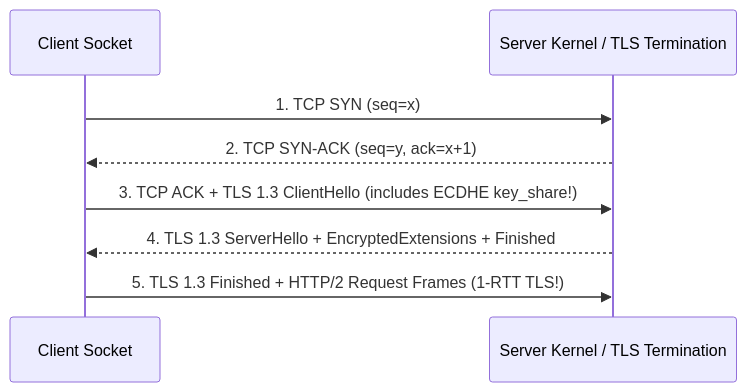
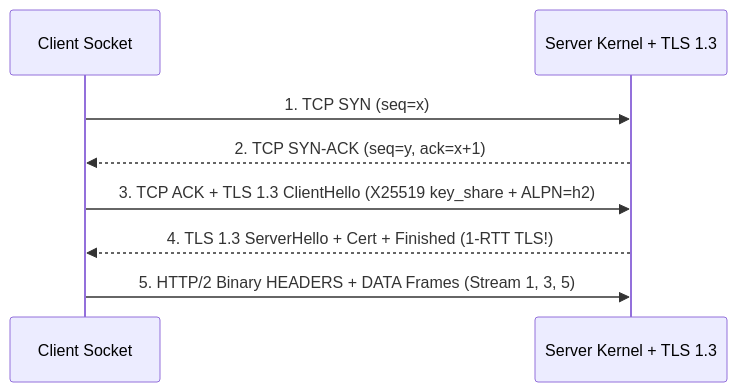
Before and after one commit to manjunathk833/codingforinterviews: the diagram in knowledgebase/core-cs/02-tcp-tls-http2-and-websocket-framing.md, drawn with Mermaid. The commit also changed other lines of this file and 101 other files, not shown here.

````diff
--- a/knowledgebase/core-cs/02-tcp-tls-http2-and-websocket-framing.md
+++ b/knowledgebase/core-cs/02-tcp-tls-http2-and-websocket-framing.md
@@ -25,11 +66,11 @@
 ```mermaid
 sequenceDiagram
   participant C as Client Socket
-  participant S as Server Kernel / TLS Termination
+  participant S as Server Kernel + TLS 1.3
 
   C->>S: 1. TCP SYN (seq=x)
   S-->>C: 2. TCP SYN-ACK (seq=y, ack=x+1)
-  C->>S: 3. TCP ACK + TLS 1.3 ClientHello (includes ECDHE key_share!)
-  S-->>C: 4. TLS 1.3 ServerHello + EncryptedExtensions + Finished
-  C->>S: 5. TLS 1.3 Finished + HTTP/2 Request Frames (1-RTT TLS!)
+  C->>S: 3. TCP ACK + TLS 1.3 ClientHello (X25519 key_share + ALPN=h2)
+  S-->>C: 4. TLS 1.3 ServerHello + Cert + Finished (1-RTT TLS!)
+  C->>S: 5. HTTP/2 Binary HEADERS + DATA Frames (Stream 1, 3, 5)
 ```
````
